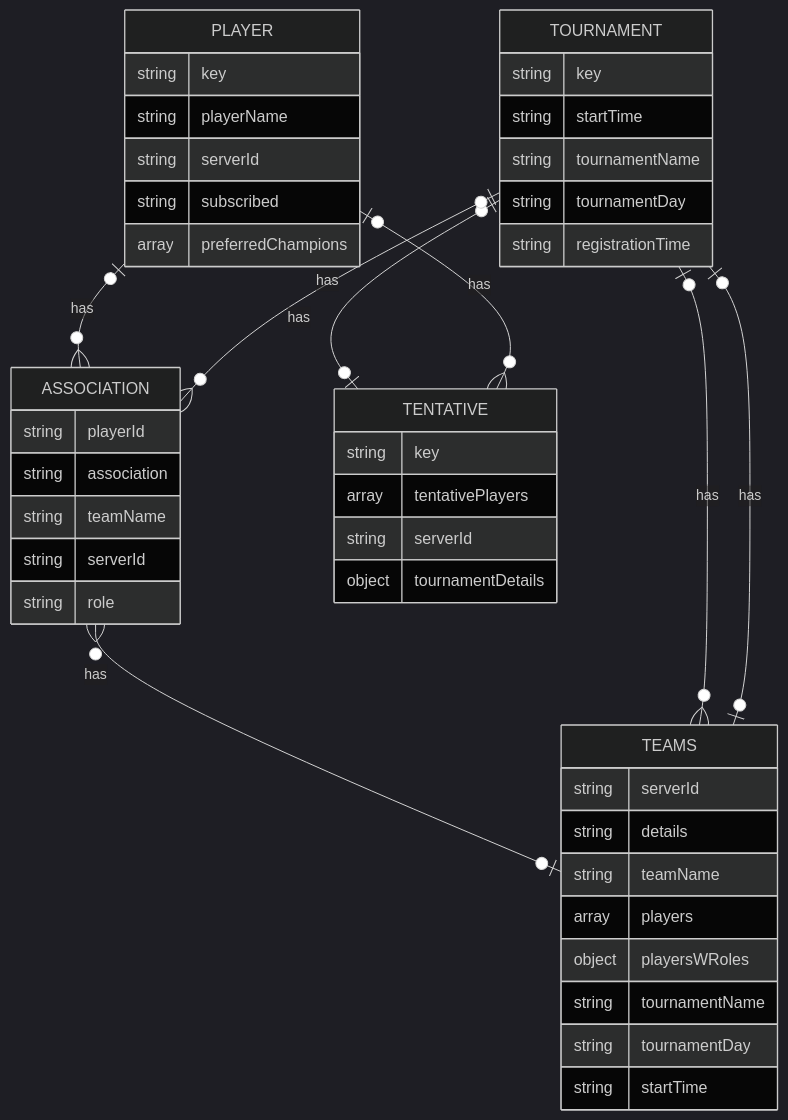
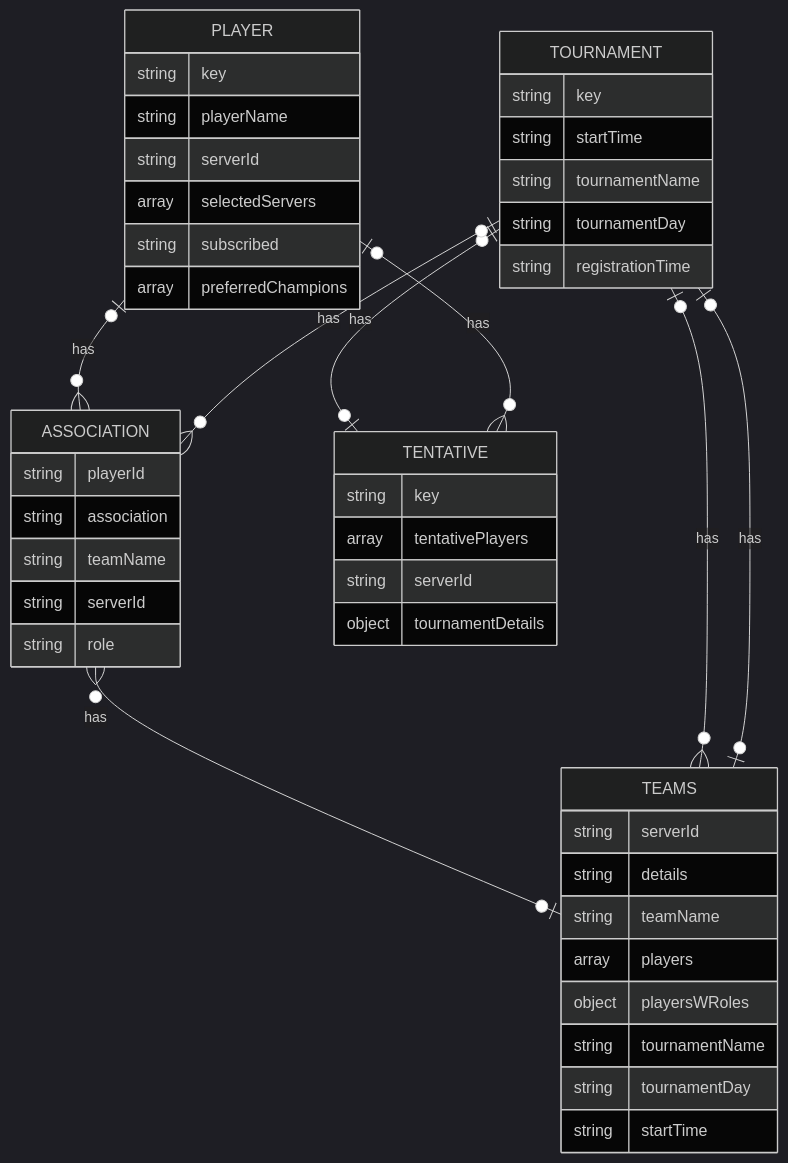
The diagram in ClashBot-Service-OpenAPI/README.md (Poss111/Clash-Bot-WebApp), drawn with Mermaid (dark theme) before and after one commit. The commit also changed 2 other files, not shown here.

Commit message:
- Added selected Servers into Player table

````diff
--- a/ClashBot-Service-OpenAPI/README.md
+++ b/ClashBot-Service-OpenAPI/README.md
@@ -6,47 +6,48 @@
 ```mermaid
 erDiagram
     PLAYER {
         string key
         string playerName
         string serverId
+        array selectedServers
         string subscribed
         array preferredChampions
     }
     ASSOCIATION {
         string playerId
         string association
         string teamName
         string serverId
         string role
     }
     TEAMS {
         string serverId
         string details
         string teamName
         array players
         object playersWRoles
         string tournamentName
         string tournamentDay
         string startTime
     }
     TOURNAMENT {
         string key
         string startTime
         string tournamentName
         string tournamentDay
         string registrationTime
     }
     TENTATIVE {
         string key
         array tentativePlayers
         string serverId
         object tournamentDetails
     }
     PLAYER |o--o{ ASSOCIATION: has
     ASSOCIATION }o--o| TEAMS: has
     TOURNAMENT |o--o{ TEAMS: has
     TOURNAMENT |o--o| TENTATIVE: has
     PLAYER |o--o{ TENTATIVE: has
     TOURNAMENT |o--o| TEAMS: has
     TOURNAMENT |o--o{ ASSOCIATION: has
 ```
````
